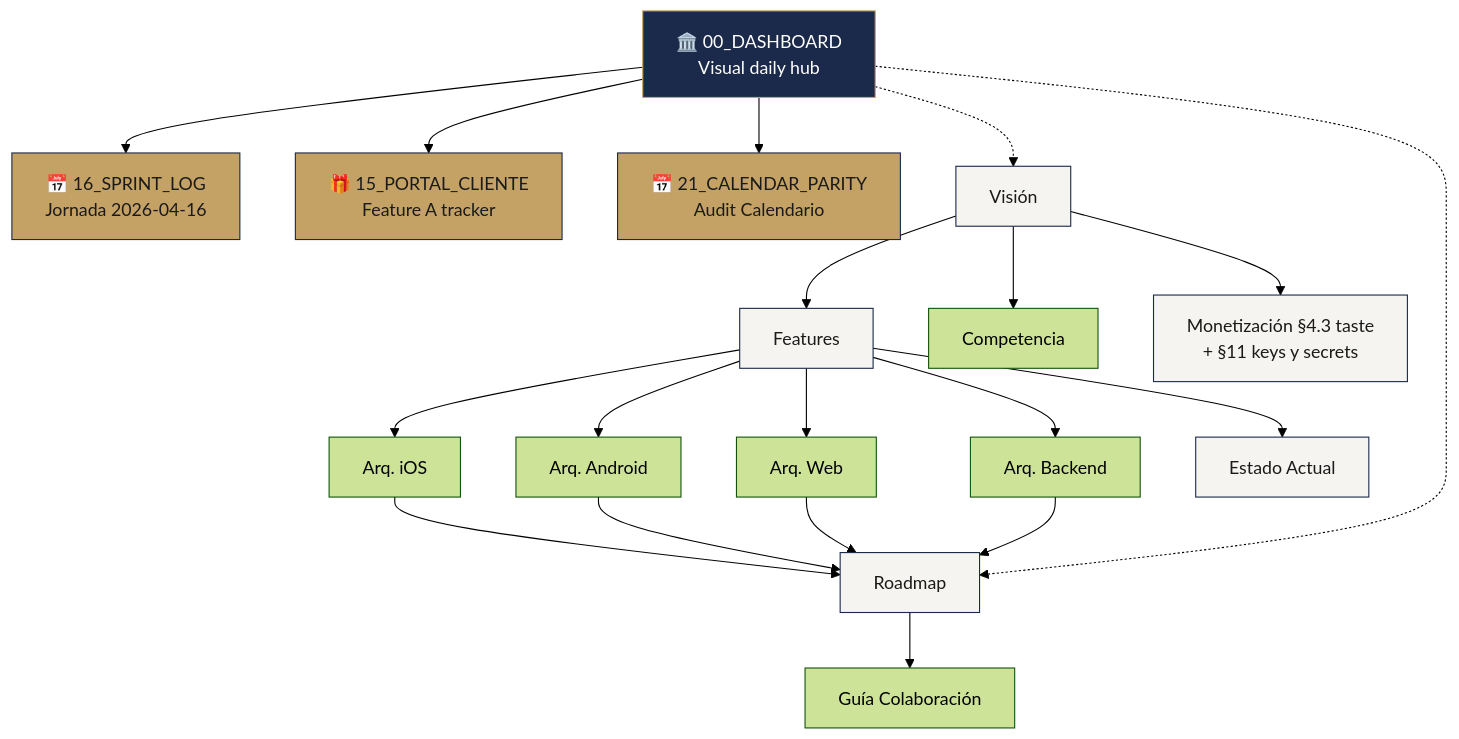
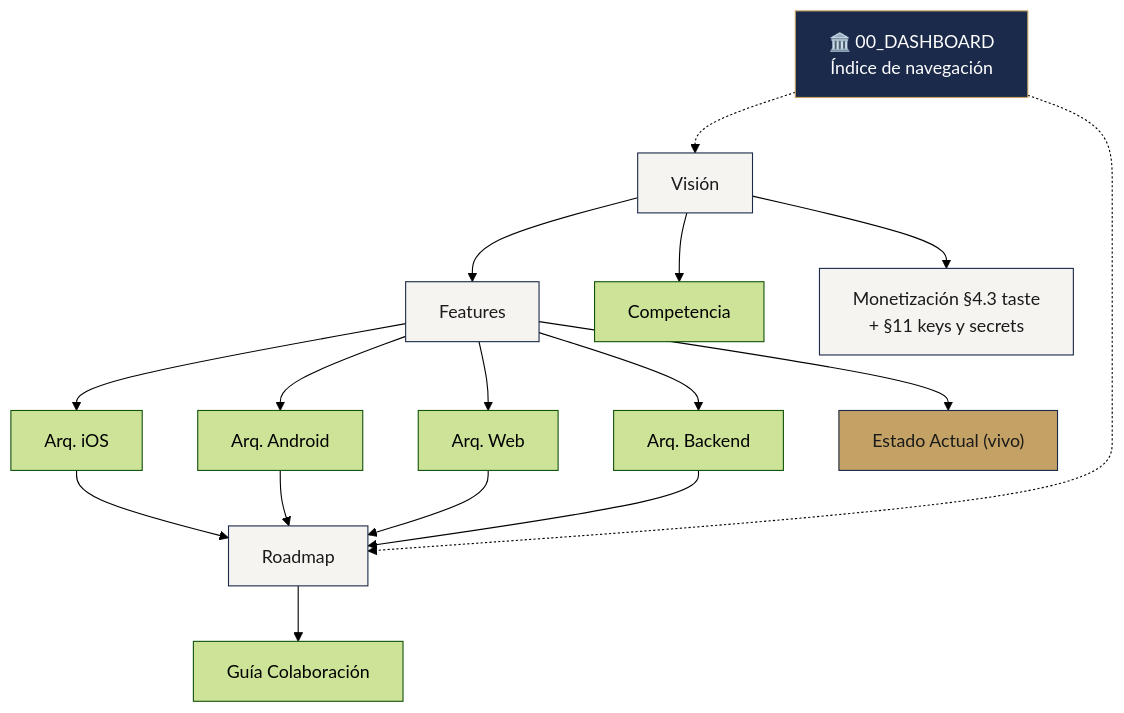
The diagram in docs/PRD/PRD MOC.md (tiagofur/solennix), drawn with Mermaid (forest theme) before and after one commit. The commit also changed other lines of this file and 32 other files, not shown here.

````diff
--- a/docs/PRD/PRD MOC.md
+++ b/docs/PRD/PRD MOC.md
@@ -86,34 +63,27 @@
 ```mermaid
 graph TB
-    D["🏛️ 00_DASHBOARD<br/>Visual daily hub"]
-    D --> SL["📅 16_SPRINT_LOG<br/>Jornada 2026-04-16"]
-    D --> PCT["🎁 15_PORTAL_CLIENTE<br/>Feature A tracker"]
-    D --> CPA["📅 21_CALENDAR_PARITY<br/>Audit Calendario"]
-
+    D["🏛️ 00_DASHBOARD<br/>Índice de navegación"]
     V[Visión] --> F[Features]
     V --> C[Competencia]
     V --> M[Monetización §4.3 taste<br/>+ §11 keys y secrets]
     F --> iOS[Arq. iOS]
     F --> And[Arq. Android]
     F --> Web[Arq. Web]
     F --> Back[Arq. Backend]
-    F --> S[Estado Actual]
+    F --> S["Estado Actual (vivo)"]
     iOS --> R[Roadmap]
     And --> R
     Web --> R
     Back --> R
     R --> G[Guía Colaboración]
 
     D -.-> V
     D -.-> R
 
     style D fill:#1B2A4A,stroke:#C4A265,color:#fff
-    style SL fill:#C4A265,stroke:#1B2A4A,color:#1A1A1A
-    style PCT fill:#C4A265,stroke:#1B2A4A,color:#1A1A1A
-    style CPA fill:#C4A265,stroke:#1B2A4A,color:#1A1A1A
+    style S fill:#C4A265,stroke:#1B2A4A,color:#1A1A1A
     style V fill:#F5F4F1,stroke:#1B2A4A,color:#1A1A1A
     style F fill:#F5F4F1,stroke:#1B2A4A,color:#1A1A1A
-    style S fill:#F5F4F1,stroke:#1B2A4A,color:#1A1A1A
     style M fill:#F5F4F1,stroke:#1B2A4A,color:#1A1A1A
     style R fill:#F5F4F1,stroke:#1B2A4A,color:#1A1A1A
 ```
````
